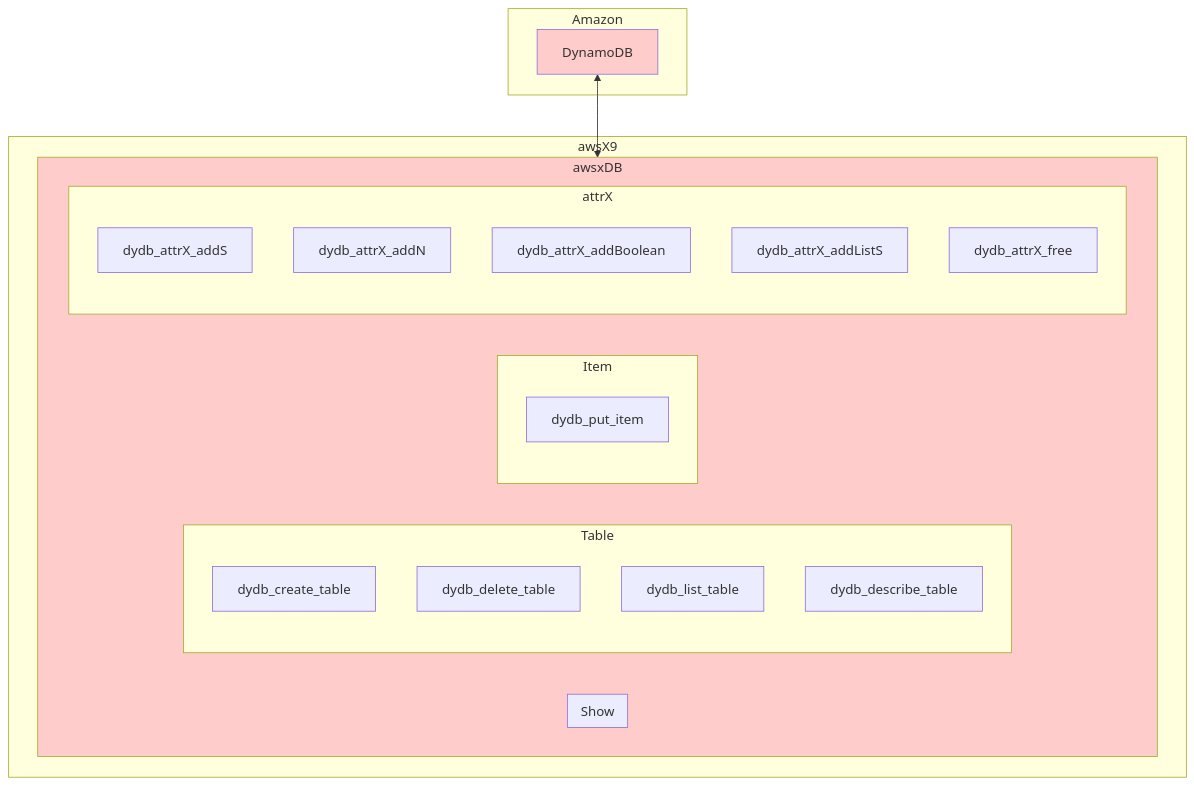
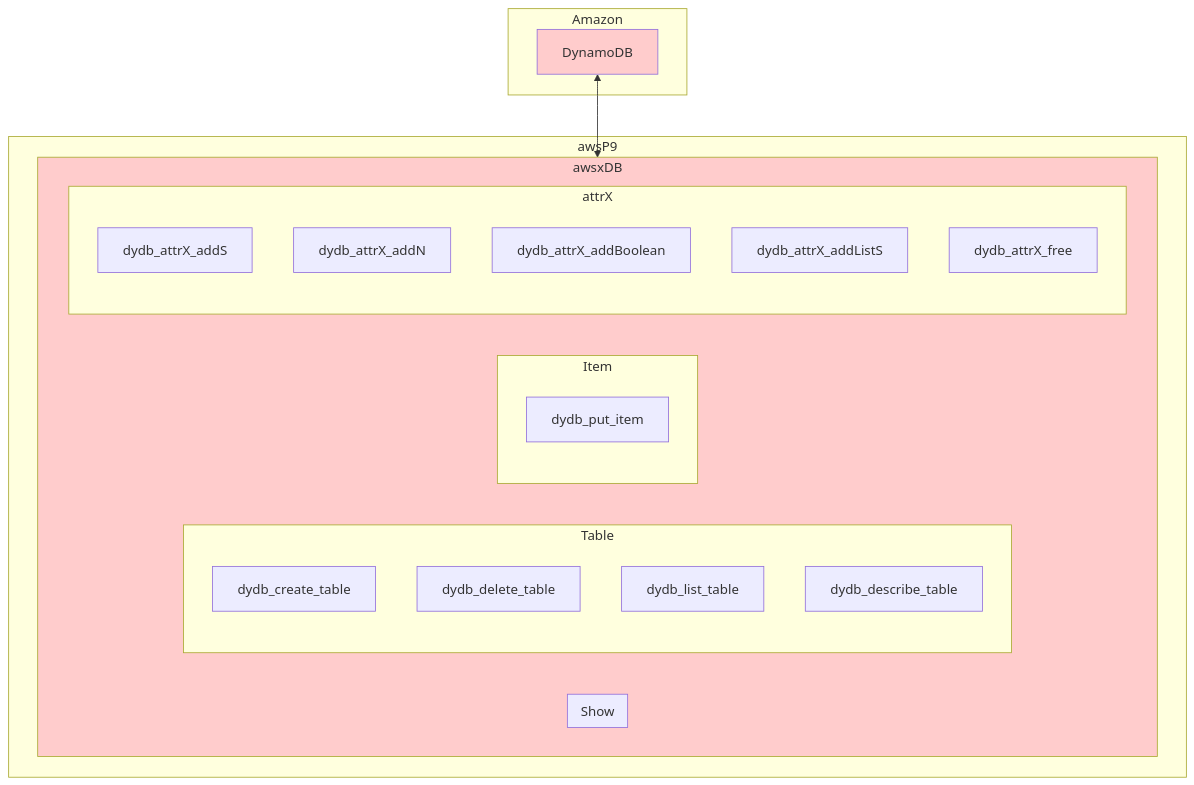
Before and after one commit to lankahsu520/awsP9: the first of 2 diagrams in README.md, drawn with Mermaid. The commit also changed other lines of this file, not shown here.

````diff
--- a/README.md
+++ b/README.md
@@ -15,50 +15,50 @@
 ```mermaid
 flowchart TD
 	subgraph Amazon
 		DynamoDB
 	end
 
-	subgraph awsX9
+	subgraph awsP9
 		subgraph awsxDB
 			subgraph Show
 				
 
 
 
 			end
 			subgraph Table
 				dydb_create_table
 				dydb_delete_table
 				dydb_list_table
 				dydb_describe_table
 			end
 
 			subgraph Item
 				
 				dydb_put_item
 
 
 
 
 
 			end
 			
 			subgraph attrX
 				dydb_attrX_addS
 				dydb_attrX_addN
 				dydb_attrX_addBoolean
 				dydb_attrX_addListS
 				dydb_attrX_free
 			end
 		end
 	end
 	DynamoDB <--> awsxDB
 
 	classDef yellow fill:#FFFFCC
 	classDef pink fill:#FFCCCC
 	classDef blue fill:#0000FF
 	classDef lightblue fill:#ADD8E6
 
 	class DynamoDB pink
 	class awsxDB pink
 ```
````
